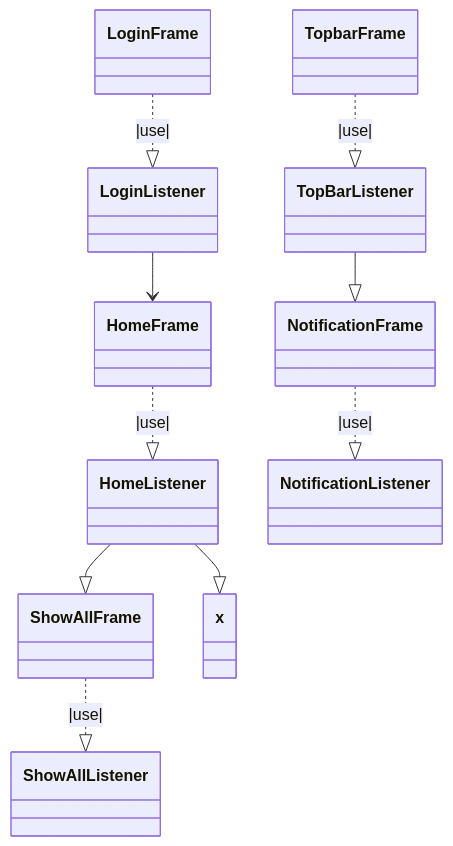
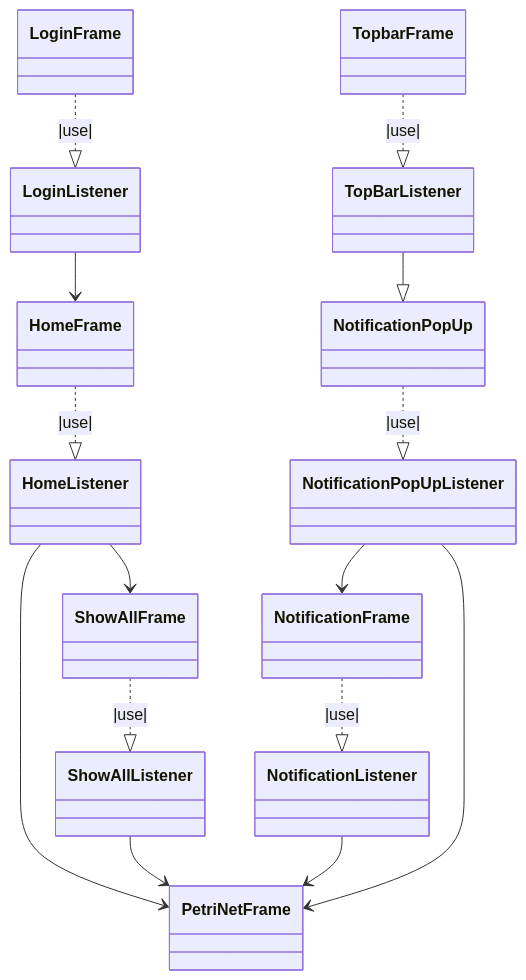
One commit to alessio-vivaldelli/PetriHub changed the diagram in docs/controlView.mmd. Above: the diagram before and after it, drawn with Mermaid. The commit also changed 1 other file, not shown here.

Commit message:
update class diagram and control view to include nextTransitionType and improve listener relationships

```diff
--- a/docs/controlView.mmd
+++ b/docs/controlView.mmd
@@ -1,21 +1,28 @@
 classDiagram
 
 
     LoginFrame ..|> LoginListener : |use|
     LoginListener --> HomeFrame
 
 
 
     HomeFrame ..|> HomeListener : |use|
 
-    HomeListener --|> ShowAllFrame
-    HomeListener --|> x
+    HomeListener --> ShowAllFrame
+    HomeListener --> PetriNetFrame
 
 
     ShowAllFrame ..|> ShowAllListener : |use|
 
 
 
+    NotificationPopUp ..|> NotificationPopUpListener : |use|
+    TopbarFrame ..|> TopBarListener : |use|
+    TopBarListener --|> NotificationPopUp
+
+    NotificationPopUpListener --> NotificationFrame
     NotificationFrame ..|> NotificationListener : |use|
-    TopbarFrame ..|> TopBarListener : |use|
-    TopBarListener --|> NotificationFrame
+
+    ShowAllListener --> PetriNetFrame
+    NotificationListener --> PetriNetFrame
+    NotificationPopUpListener --> PetriNetFrame
```
